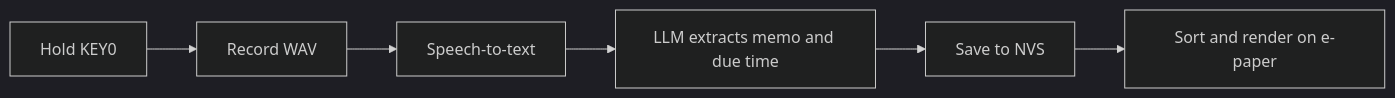
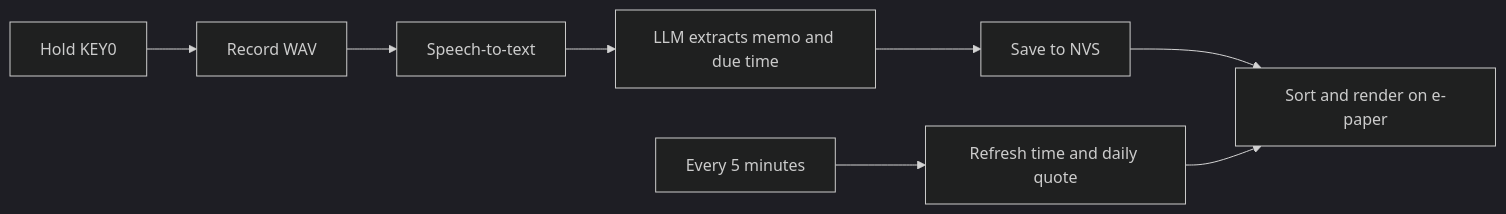
One commit to limengdu/ePaper-Voice-Memo changed the diagram in README.zh-CN.md. Above: the diagram before and after it, drawn with Mermaid (dark theme). The commit also changed other lines of this file and 7 other files, not shown here.

Commit message:
feat: refresh clock and add daily quote

````diff
--- a/README.zh-CN.md
+++ b/README.zh-CN.md
@@ -135,8 +144,10 @@
 ```mermaid
 flowchart LR
   A[Hold KEY0] --> B[Record WAV]
   B --> C[Speech-to-text]
   C --> D[LLM extracts memo and due time]
   D --> E[Save to NVS]
   E --> F[Sort and render on e-paper]
+  G[Every 5 minutes] --> H[Refresh time and daily quote]
+  H --> F
 ```
````
